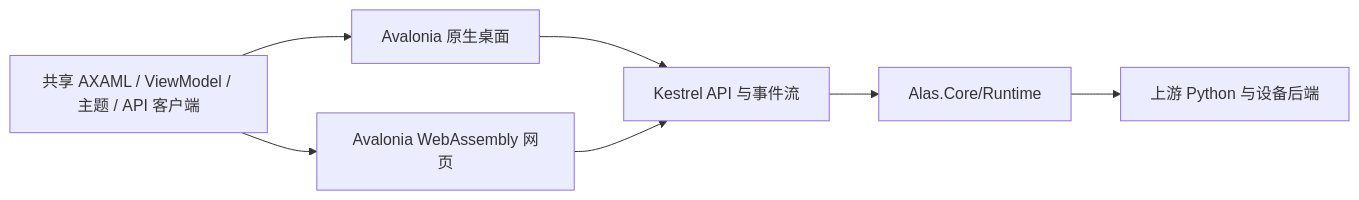
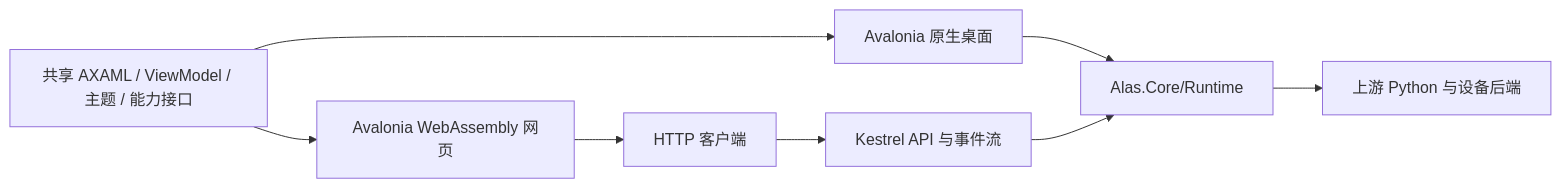
Before and after one commit to MUMU-DADA/AlasSharp: the diagram in docs/r4-ui-architecture.md, drawn with Mermaid. The commit also changed other lines of this file and 24 other files, not shown here.

````diff
--- a/docs/r4-ui-architecture.md
+++ b/docs/r4-ui-architecture.md
@@ -21,9 +21,10 @@
 ```mermaid
 flowchart LR
-  Shared[共享 AXAML / ViewModel / 主题 / API 客户端] --> Desktop[Avalonia 原生桌面]
+  Shared[共享 AXAML / ViewModel / 主题 / 能力接口] --> Desktop[Avalonia 原生桌面]
   Shared --> Browser[Avalonia WebAssembly 网页]
-  Desktop --> API[Kestrel API 与事件流]
-  Browser --> API
-  API --> Runtime[Alas.Core/Runtime]
+  Desktop --> Runtime[Alas.Core/Runtime]
+  Browser --> Client[HTTP 客户端]
+  Client --> API[Kestrel API 与事件流]
+  API --> Runtime
   Runtime --> Engine[上游 Python 与设备后端]
 ```
````
